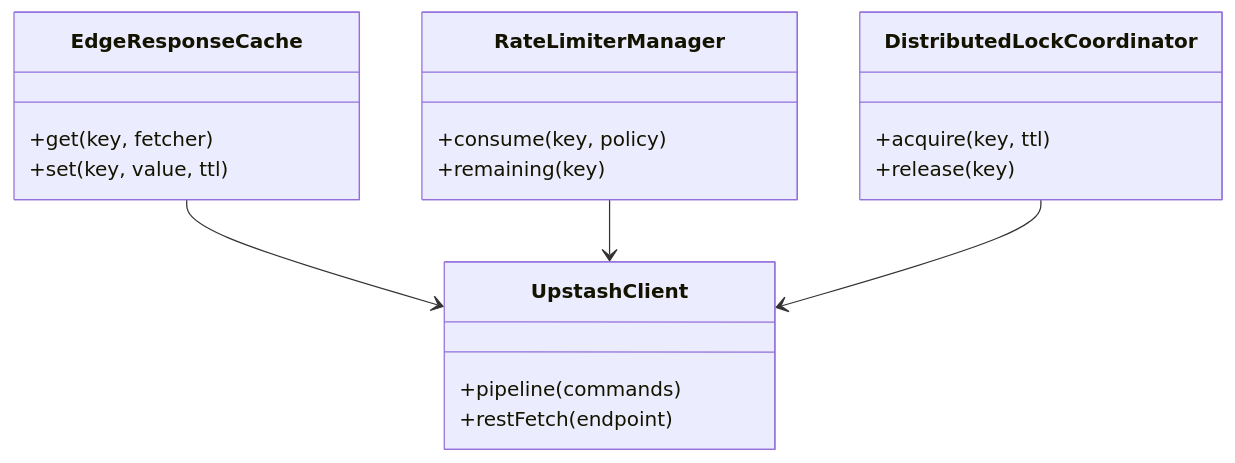
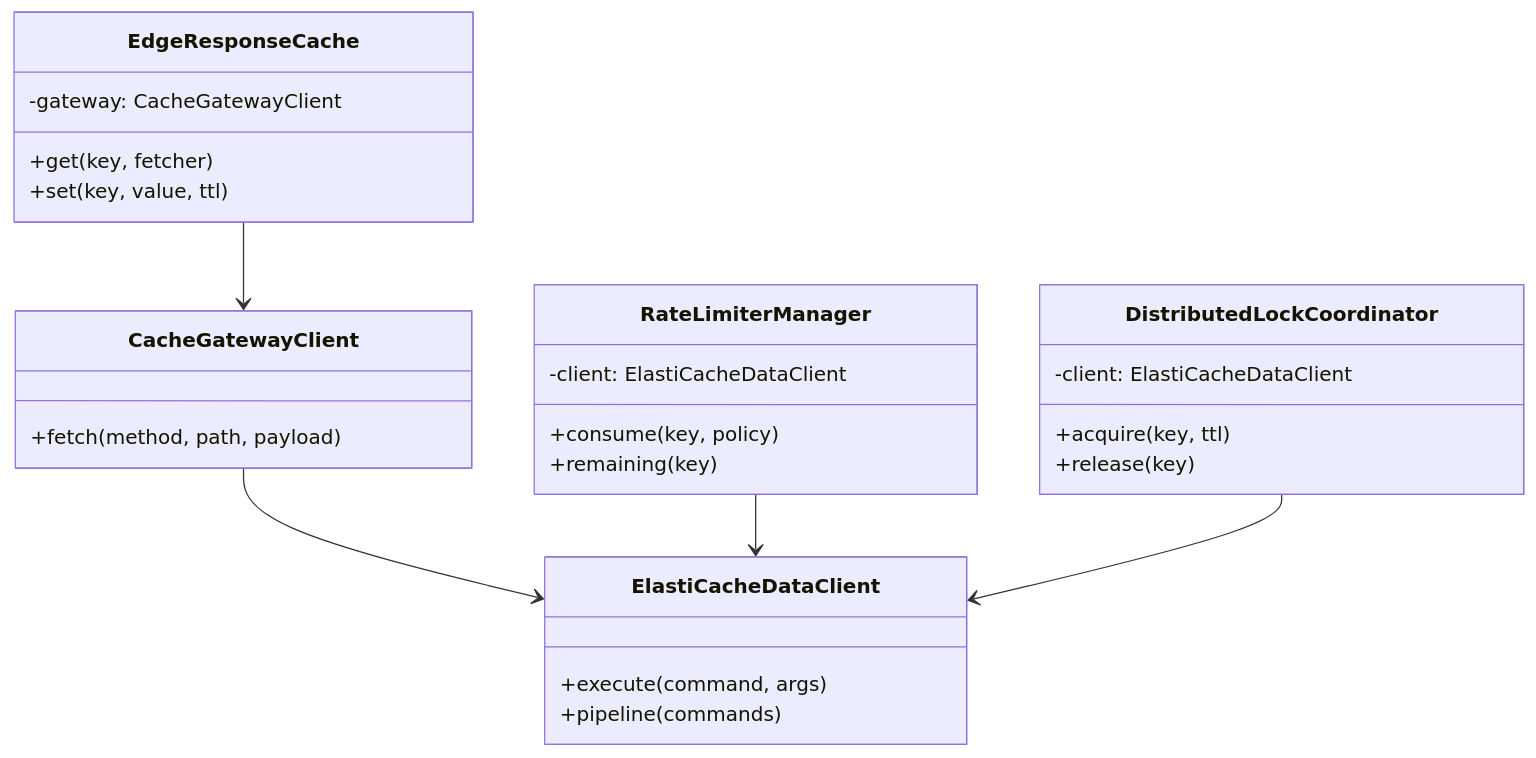
One commit to marcelkenner/clarivum changed the diagram in docs/diagrams/adr-006-edge-cache-and-rate-limiting-platform/uml-adapters.mmd. Above: the diagram before and after it, drawn with Mermaid. The commit also changed 103 other files, not shown here.

````diff
--- a/docs/diagrams/adr-006-edge-cache-and-rate-limiting-platform/uml-adapters.mmd
+++ b/docs/diagrams/adr-006-edge-cache-and-rate-limiting-platform/uml-adapters.mmd
@@ -1,22 +1,29 @@
 ```mermaid
 classDiagram
     class EdgeResponseCache {
         +get(key, fetcher)
         +set(key, value, ttl)
+        -gateway: CacheGatewayClient
     }
     class RateLimiterManager {
         +consume(key, policy)
         +remaining(key)
+        -client: ElastiCacheDataClient
     }
     class DistributedLockCoordinator {
         +acquire(key, ttl)
         +release(key)
+        -client: ElastiCacheDataClient
     }
-    class UpstashClient {
+    class CacheGatewayClient {
+        +fetch(method, path, payload)
+    }
+    class ElastiCacheDataClient {
+        +execute(command, args)
         +pipeline(commands)
-        +restFetch(endpoint)
     }
-    EdgeResponseCache --> UpstashClient
-    RateLimiterManager --> UpstashClient
-    DistributedLockCoordinator --> UpstashClient
+    EdgeResponseCache --> CacheGatewayClient
+    CacheGatewayClient --> ElastiCacheDataClient
+    RateLimiterManager --> ElastiCacheDataClient
+    DistributedLockCoordinator --> ElastiCacheDataClient
 ```
````
